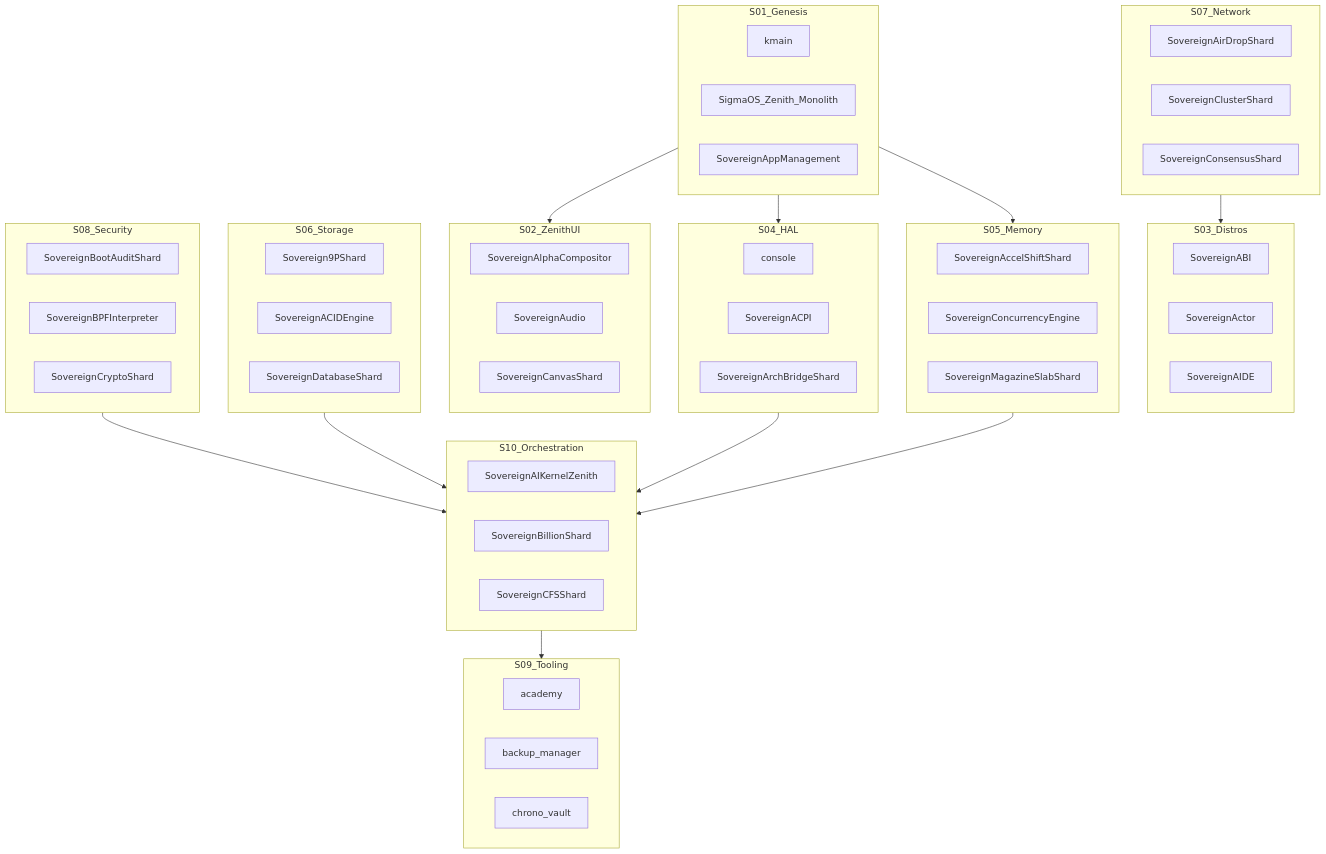
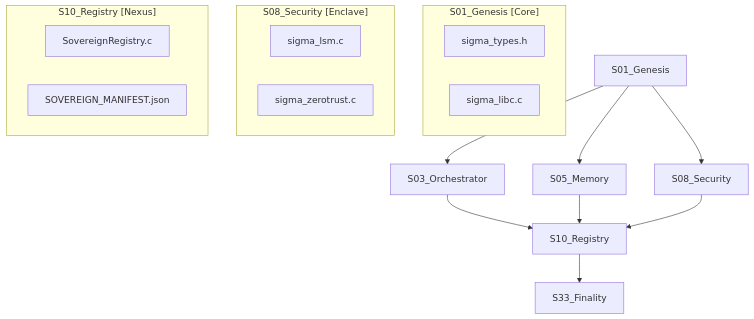
Before and after one commit to AaryanSinghChauhan09/SigmaOS: the diagram in SHARD_GRAPH.md, drawn with Mermaid. The commit also changed other lines of this file, not shown here.

Commit message:
docs: overhaul shard dependency graph for v4.0 lattice

````diff
--- a/SHARD_GRAPH.md
+++ b/SHARD_GRAPH.md
@@ -3,62 +3,23 @@
 ```mermaid
 graph TD
-    S01_Genesis --> S02_ZenithUI
-    S01_Genesis --> S04_HAL
+    S01_Genesis --> S03_Orchestrator
     S01_Genesis --> S05_Memory
-    S05_Memory --> S10_Orchestration
-    S06_Storage --> S10_Orchestration
-    S04_HAL --> S10_Orchestration
-    S08_Security --> S10_Orchestration
-    S10_Orchestration --> S09_Tooling
-    S07_Network --> S03_Distros
-    subgraph S01_Genesis
-        kmain
-        SigmaOS_Zenith_Monolith
-        SovereignAppManagement
+    S01_Genesis --> S08_Security
+    S03_Orchestrator --> S10_Registry
+    S05_Memory --> S10_Registry
+    S08_Security --> S10_Registry
+    S10_Registry --> S33_Finality
+
+    subgraph "S01_Genesis [Core]"
+        sigma_types.h
+        sigma_libc.c
     end
-    subgraph S02_ZenithUI
-        SovereignAlphaCompositor
-        SovereignAudio
-        SovereignCanvasShard
+    subgraph "S08_Security [Enclave]"
+        sigma_lsm.c
+        sigma_zerotrust.c
     end
-    subgraph S03_Distros
-        SovereignABI
-        SovereignActor
-        SovereignAIDE
-    end
-    subgraph S04_HAL
-        console
-        SovereignACPI
-        SovereignArchBridgeShard
-    end
-    subgraph S05_Memory
-        SovereignAccelShiftShard
-        SovereignConcurrencyEngine
-        SovereignMagazineSlabShard
-    end
-    subgraph S06_Storage
-        Sovereign9PShard
-        SovereignACIDEngine
-        SovereignDatabaseShard
-    end
-    subgraph S07_Network
-        SovereignAirDropShard
-        SovereignClusterShard
-        SovereignConsensusShard
-    end
-    subgraph S08_Security
-        SovereignBootAuditShard
-        SovereignBPFInterpreter
-        SovereignCryptoShard
-    end
-    subgraph S09_Tooling
-        academy
-        backup_manager
-        chrono_vault
-    end
-    subgraph S10_Orchestration
-        SovereignAIKernelZenith
-        SovereignBillionShard
-        SovereignCFSShard
+    subgraph "S10_Registry [Nexus]"
+        SovereignRegistry.c
+        SOVEREIGN_MANIFEST.json
     end
 ```
````
